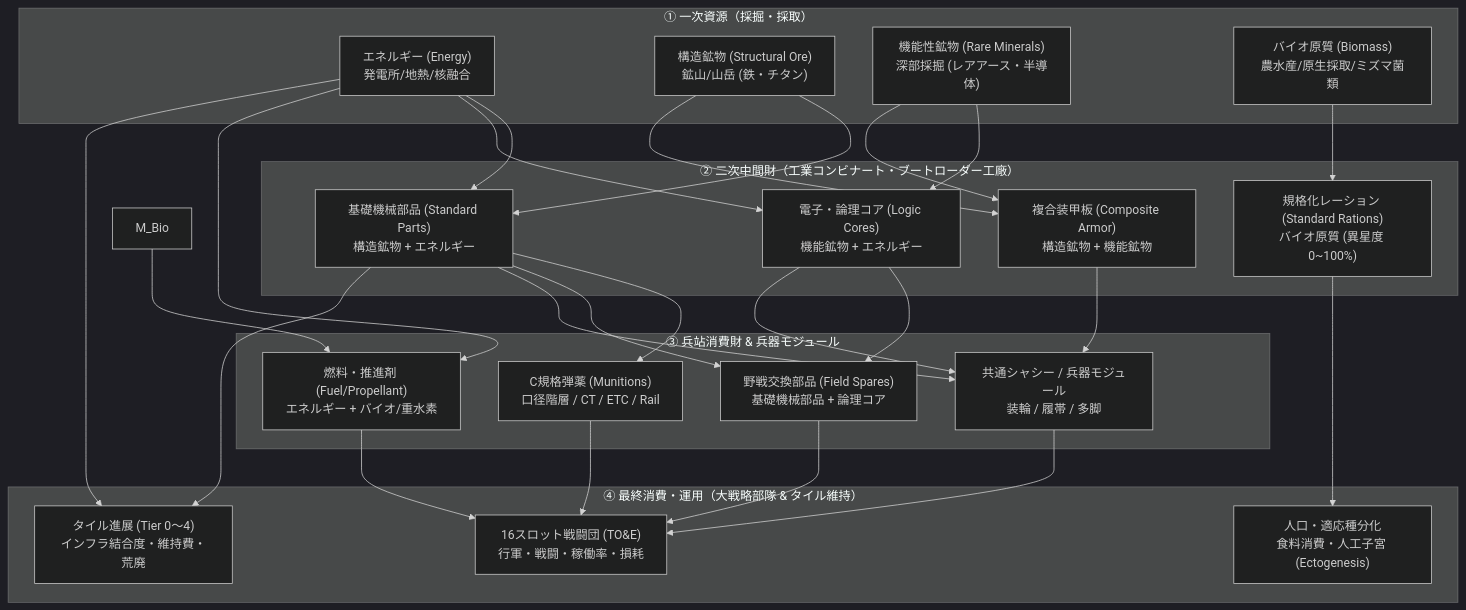
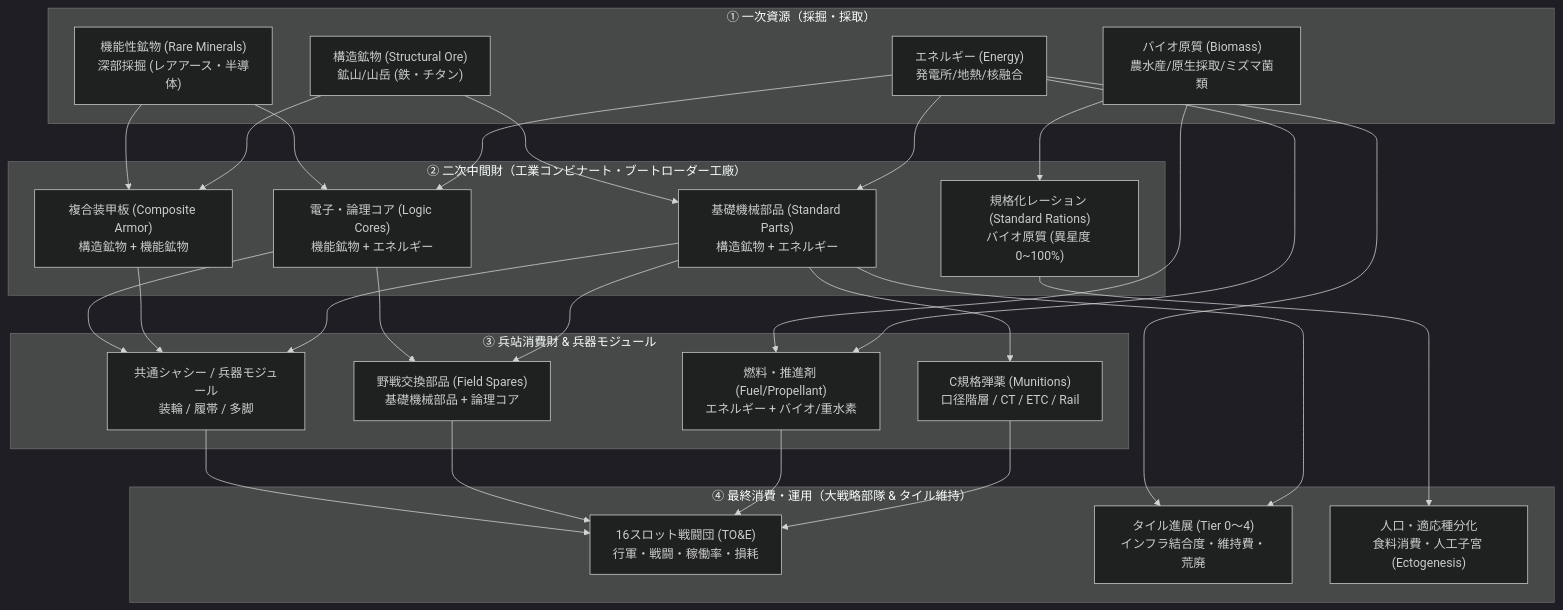
One commit to nanaisisi/nanai-alien-com-game changed the diagram in doc/RESOURCE_ECONOMY_SYSTEM.md. Above: the diagram before and after it, drawn with Mermaid (dark theme). The commit also changed 12 other files, not shown here.

````diff
--- a/doc/RESOURCE_ECONOMY_SYSTEM.md
+++ b/doc/RESOURCE_ECONOMY_SYSTEM.md
@@ -13,58 +13,58 @@
 ```mermaid
 flowchart TD
     subgraph S1["① 一次資源（採掘・採取）"]
         R_Eng["エネルギー (Energy)<br/>発電所/地熱/核融合"]
         R_Ore["構造鉱物 (Structural Ore)<br/>鉱山/山岳 (鉄・チタン)"]
         R_Min["機能性鉱物 (Rare Minerals)<br/>深部採掘 (レアアース・半導体)"]
         R_Bio["バイオ原質 (Biomass)<br/>農水産/原生採取/ミズマ菌類"]
     end
 
     subgraph S2["② 二次中間財（工業コンビナート・ブートローダー工廠）"]
         M_Part["基礎機械部品 (Standard Parts)<br/>構造鉱物 + エネルギー"]
         M_Core["電子・論理コア (Logic Cores)<br/>機能鉱物 + エネルギー"]
         M_Armor["複合装甲板 (Composite Armor)<br/>構造鉱物 + 機能鉱物"]
         M_Ration["規格化レーション (Standard Rations)<br/>バイオ原質 (異星度 0~100%)"]
     end
 
     subgraph S3["③ 兵站消費財 & 兵器モジュール"]
         A_Ammo["C規格弾薬 (Munitions)<br/>口径階層 / CT / ETC / Rail"]
         A_Fuel["燃料・推進剤 (Fuel/Propellant)<br/>エネルギー + バイオ/重水素"]
         A_Spares["野戦交換部品 (Field Spares)<br/>基礎機械部品 + 論理コア"]
         W_Chassis["共通シャシー / 兵器モジュール<br/>装輪 / 履帯 / 多脚"]
     end
 
     subgraph S4["④ 最終消費・運用（大戦略部隊 & タイル維持）"]
         U_Combat["16スロット戦闘団 (TO&E)<br/>行軍・戦闘・稼働率・損耗"]
         T_Tile["タイル進展 (Tier 0〜4)<br/>インフラ結合度・維持費・荒廃"]
         P_Pop["人口・適応種分化<br/>食料消費・人工子宮 (Ectogenesis)"]
     end
 
     %% 加工フロー
     R_Eng --> M_Part
     R_Ore --> M_Part
     R_Eng --> M_Core
     R_Min --> M_Core
     R_Ore --> M_Armor
     R_Min --> M_Armor
     R_Bio --> M_Ration
 
     %% 製品化フロー
     M_Part --> A_Ammo
     R_Eng --> A_Fuel
-    M_Bio --> A_Fuel
+    R_Bio --> A_Fuel
     M_Part --> A_Spares
     M_Core --> A_Spares
     M_Part --> W_Chassis
     M_Armor --> W_Chassis
     M_Core --> W_Chassis
 
     %% 消費・運用フロー
     A_Ammo --> U_Combat
     A_Fuel --> U_Combat
     A_Spares --> U_Combat
     W_Chassis --> U_Combat
 
     M_Part --> T_Tile
     R_Eng --> T_Tile
     M_Ration --> P_Pop
 ```
````
